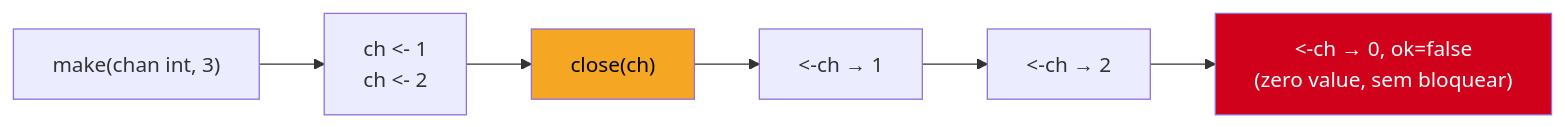
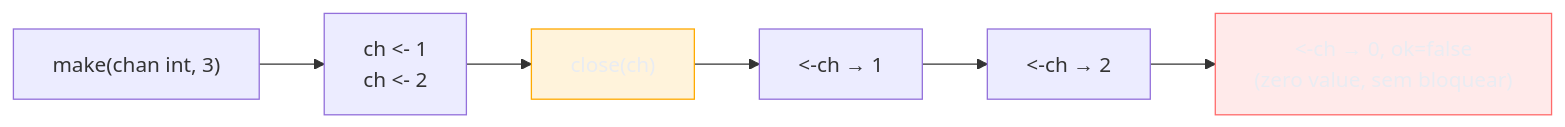
Before and after one commit to josenaldo/codex-technomanticus: the first of 2 diagrams in 03-Dominios/Tecnologia/Go/08 - Channels e select/03 - Fechando channels e o range.md, drawn with Mermaid. The commit also changed 1181 other files, not shown here.

First line of the commit message:
fix(diagramas): paleta do sistema no lugar de cor cravada no markdown

````diff
--- a/03-Dominios/Tecnologia/Go/08 - Channels e select/03 - Fechando channels e o range.md
+++ b/03-Dominios/Tecnologia/Go/08 - Channels e select/03 - Fechando channels e o range.md
@@ -48,11 +48,13 @@
 ```mermaid
 flowchart LR
+    classDef destaque fill:#FFAA0024,stroke:#FFAA00,color:#E9ECF2
+    classDef falha fill:#FF6B6B24,stroke:#FF6B6B,color:#E9ECF2
     A["make(chan int, 3)"] --> B["ch <- 1\nch <- 2"]
     B --> C["close(ch)"]
     C --> D["<-ch → 1"]
     D --> E["<-ch → 2"]
     E --> F["<-ch → 0, ok=false\n(zero value, sem bloquear)"]
 
-    style C fill:#F5A623,color:#000
-    style F fill:#D0021B,color:#fff
+    class C destaque
+    class F falha
 ```
````
